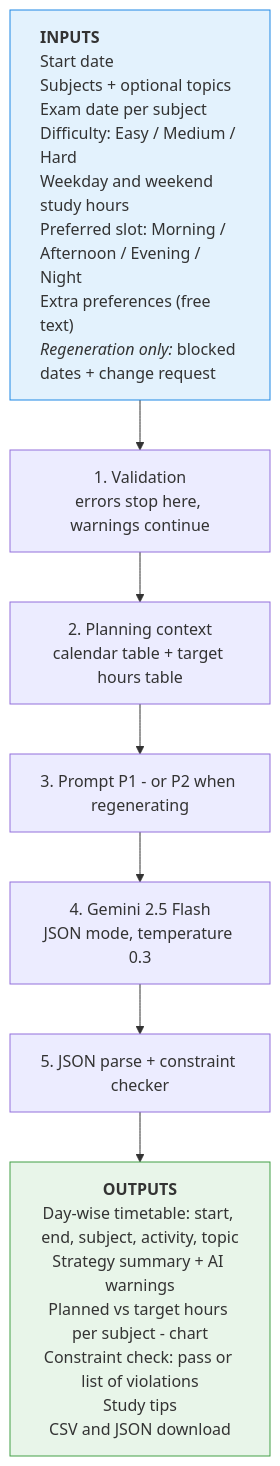
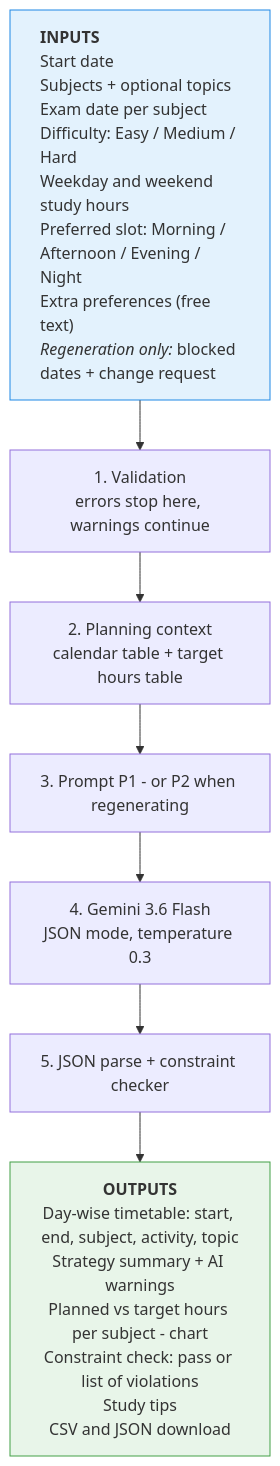
Before and after one commit to vanshgupta101106-droid/StudyFlow: the diagram in docs/diagrams/3_input_output_flow.mmd, drawn with Mermaid. The commit also changed 12 other files, not shown here.

First line of the commit message:
Switch to gemini-3.6-flash, fill team details and contribution table

```diff
--- a/docs/diagrams/3_input_output_flow.mmd
+++ b/docs/diagrams/3_input_output_flow.mmd
@@ -1,10 +1,10 @@
 flowchart TB
     IN["<b>INPUTS</b><br/>Start date<br/>Subjects + optional topics<br/>Exam date per subject<br/>Difficulty: Easy / Medium / Hard<br/>Weekday and weekend study hours<br/>Preferred slot: Morning / Afternoon / Evening / Night<br/>Extra preferences (free text)<br/><i>Regeneration only:</i> blocked dates + change request"]
     IN --> p1[1. Validation<br/>errors stop here, warnings continue]
     p1 --> p2[2. Planning context<br/>calendar table + target hours table]
     p2 --> p3[3. Prompt P1 - or P2 when regenerating]
-    p3 --> p4[4. Gemini 2.5 Flash<br/>JSON mode, temperature 0.3]
+    p3 --> p4[4. Gemini 3.6 Flash<br/>JSON mode, temperature 0.3]
     p4 --> p5[5. JSON parse + constraint checker]
     p5 --> OUT["<b>OUTPUTS</b><br/>Day-wise timetable: start, end, subject, activity, topic<br/>Strategy summary + AI warnings<br/>Planned vs target hours per subject - chart<br/>Constraint check: pass or list of violations<br/>Study tips<br/>CSV and JSON download"]
     style IN fill:#e3f2fd,stroke:#1e88e5,text-align:left
     style OUT fill:#e8f5e9,stroke:#43a047
```
